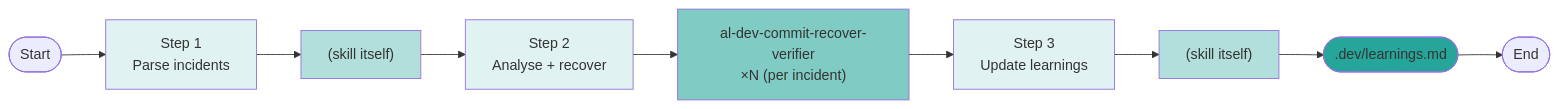
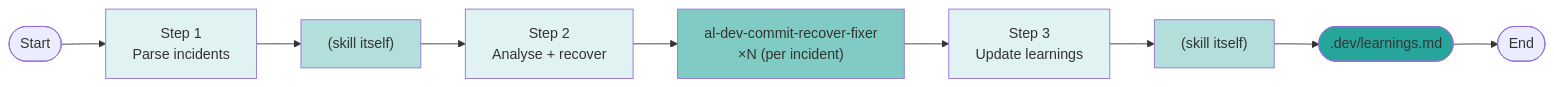
Diagram 17 of 23 in docs/al-dev-skills-map.md (russell-laing/al-dev-shared), drawn with Mermaid before and after one commit. The commit also changed other lines of this file and 8 other files, not shown here.

First line of the commit message:
refactor: rename al-dev-commit-recover-verifier to al-dev-commit-recover-fixer

````diff
--- a/docs/al-dev-skills-map.md
+++ b/docs/al-dev-skills-map.md
@@ -563,19 +563,19 @@
 ```mermaid
 flowchart LR
     Start([Start]) --> Phase1["Step 1<br/>Parse incidents"]
     Phase1 --> SkillWork1["(skill itself)"]
     SkillWork1 --> Phase2["Step 2<br/>Analyse + recover"]
-    Phase2 --> Agent1["al-dev-commit-recover-verifier<br/>×N (per incident)"]
+    Phase2 --> Agent1["al-dev-commit-recover-fixer<br/>×N (per incident)"]
     Agent1 --> Phase3["Step 3<br/>Update learnings"]
     Phase3 --> SkillWork2["(skill itself)"]
     SkillWork2 --> Output1([".dev/learnings.md"])
     Output1 --> End([End])
 
     style Phase1 fill:#e0f2f1
     style Phase2 fill:#e0f2f1
     style Phase3 fill:#e0f2f1
     style SkillWork1 fill:#b2dfdb
     style SkillWork2 fill:#b2dfdb
     style Agent1 fill:#80cbc4
     style Output1 fill:#26a69a
 ```
````
